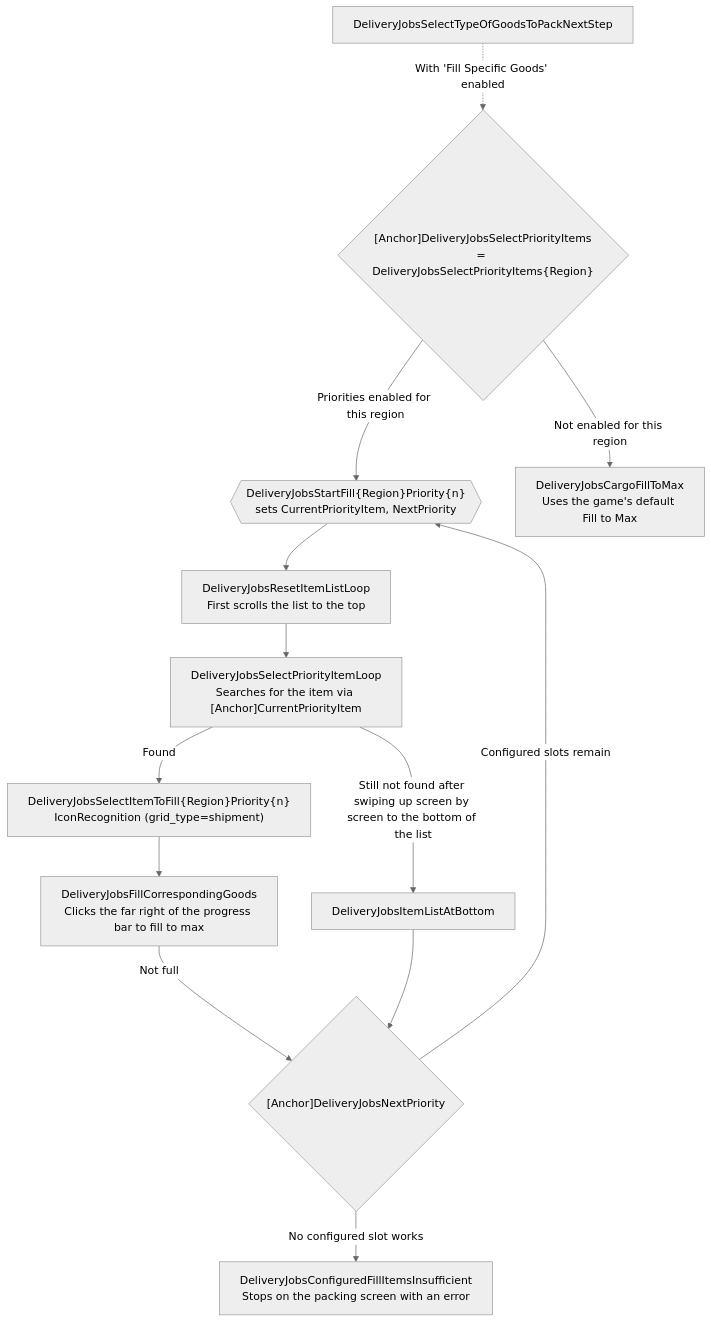
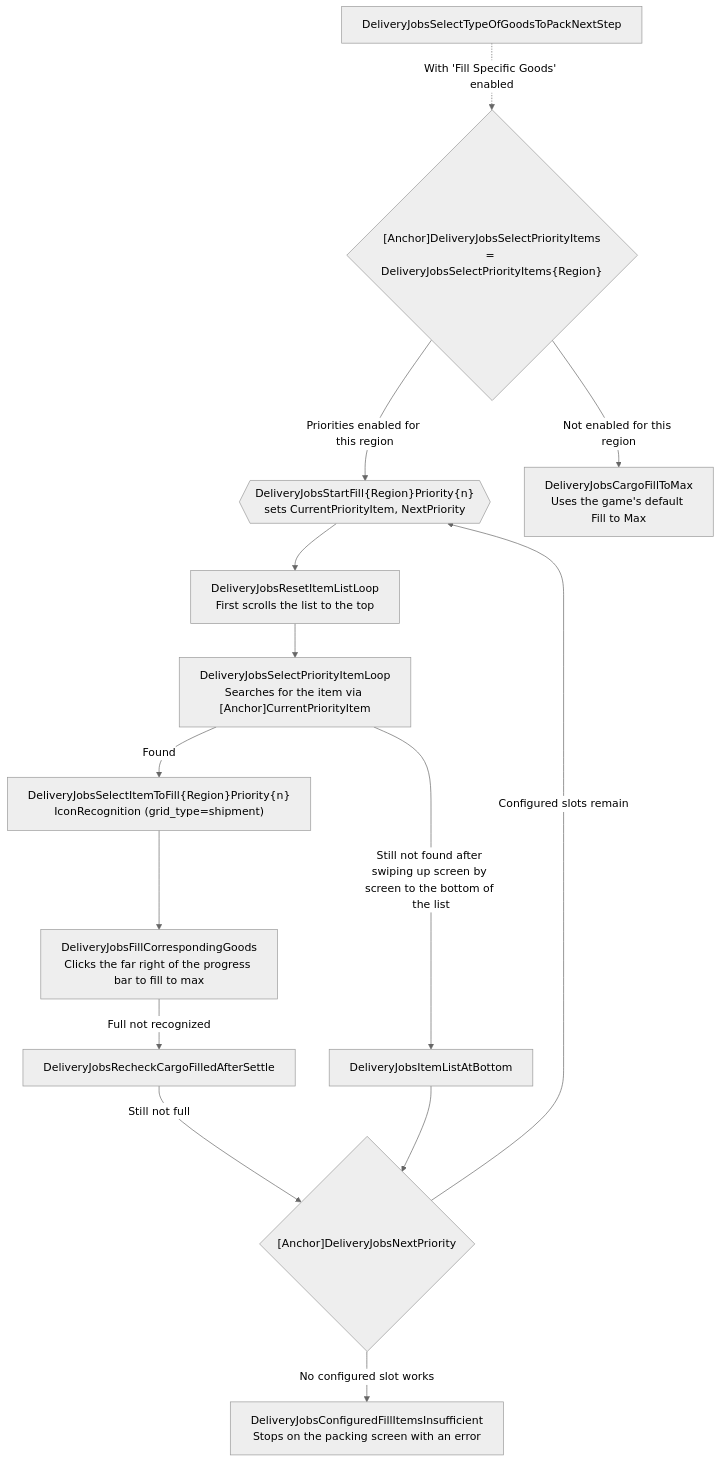
One commit to MaaEnd/MaaEnd changed the sixth of 6 diagrams in docs/en_us/developers/tasks/delivery-jobs-maintain.md. Above: the diagram before and after it, drawn with Mermaid (neutral theme). The commit also changed other lines of this file and 62 other files, not shown here.

````diff
--- a/docs/en_us/developers/tasks/delivery-jobs-maintain.md
+++ b/docs/en_us/developers/tasks/delivery-jobs-maintain.md
@@ -222,15 +222,15 @@
 ```mermaid
 flowchart TD
     Sel["DeliveryJobsSelectTypeOfGoodsToPackNextStep"] -.->|"With 'Fill Specific Goods' enabled"| Entry{"[Anchor]DeliveryJobsSelectPriorityItems\n= DeliveryJobsSelectPriorityItems{Region}"}
     Entry -->|"Priorities enabled for this region"| Start{{"DeliveryJobsStartFill{Region}Priority{n}\nsets CurrentPriorityItem, NextPriority"}}
     Entry -->|"Not enabled for this region"| Max["DeliveryJobsCargoFillToMax\nUses the game's default Fill to Max"]
     Start --> Reset["DeliveryJobsResetItemListLoop\nFirst scrolls the list to the top"]
     Reset --> Loop["DeliveryJobsSelectPriorityItemLoop\nSearches for the item via [Anchor]CurrentPriorityItem"]
     Loop -->|Found| Item["DeliveryJobsSelectItemToFill{Region}Priority{n}\nIconRecognition (grid_type=shipment)"]
     Item --> Fill["DeliveryJobsFillCorrespondingGoods\nClicks the far right of the progress bar to fill to max"]
     Loop -->|"Still not found after swiping up screen by screen to the bottom of the list"| Bottom["DeliveryJobsItemListAtBottom"]
-    Fill -->|Not full| Next{"[Anchor]DeliveryJobsNextPriority"}
+    Fill -->|Full not recognized| Recheck["DeliveryJobsRecheckCargoFilledAfterSettle"] -->|Still not full| Next{"[Anchor]DeliveryJobsNextPriority"}
     Bottom --> Next
     Next -->|Configured slots remain| Start
     Next -->|No configured slot works| Err["DeliveryJobsConfiguredFillItemsInsufficient\nStops on the packing screen with an error"]
 ```
````
